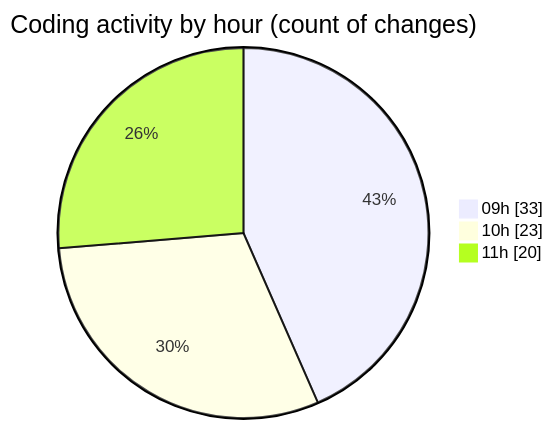
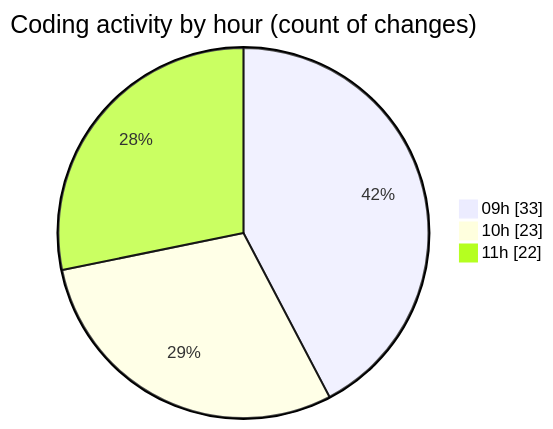
The second of 2 diagrams in 2025-05-20/ecodeli-1/README.md (CELIANVF/code-tracking), drawn with Mermaid before and after one commit. The commit also changed other lines of this file and 1 other file, not shown here.

````diff
--- a/2025-05-20/ecodeli-1/README.md
+++ b/2025-05-20/ecodeli-1/README.md
@@ -57,7 +58,7 @@
 ```mermaid
 pie showData
 title Coding activity by hour (count of changes)
 "09h" : 33
 "10h" : 23
-"11h" : 20
+"11h" : 22
 ```
````
